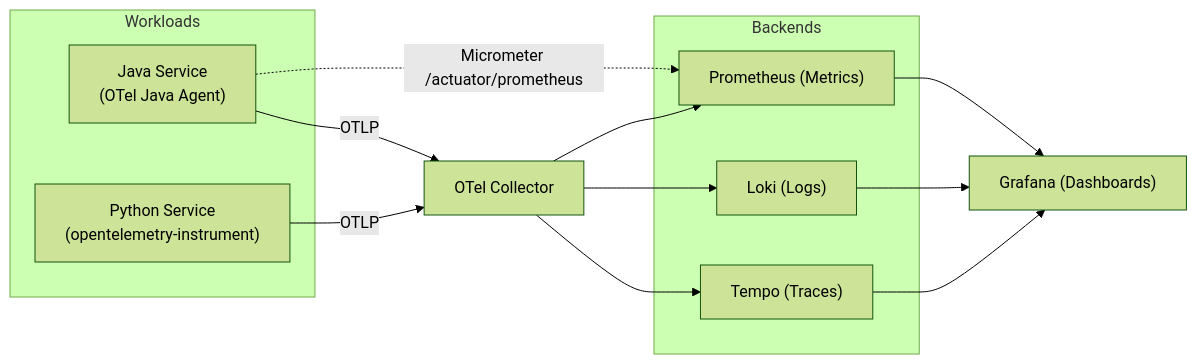
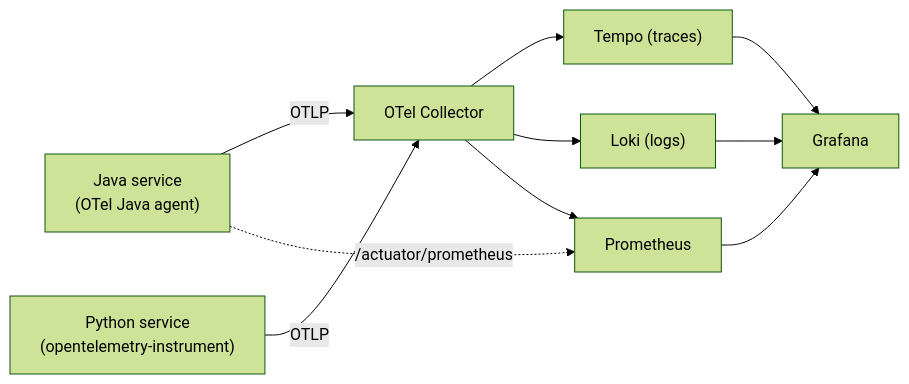
The fifth of 6 diagrams in introduction/architecture.md (Labs64/labs64.io-docs), drawn with Mermaid (forest theme) before and after one commit. The commit also changed other lines of this file and 27 other files, not shown here.

First line of the commit message:
Make the public docs the primary architecture and module reference

````diff
--- a/introduction/architecture.md
+++ b/introduction/architecture.md
@@ -109,29 +135,10 @@
 ```mermaid
 flowchart LR
-    subgraph Workloads
-        J["Java Service<br/>(OTel Java Agent)"]
-        P["Python Service<br/>(opentelemetry-instrument)"]
-    end
-    
-    COL[OTel Collector]
-    
-    subgraph Backends
-        TEMPO["Tempo (Traces)"]
-        LOKI["Loki (Logs)"]
-        PROM["Prometheus (Metrics)"]
-    end
-    
-    GRAF["Grafana (Dashboards)"]
-
-    J -->|"OTLP"| COL
-    P -->|"OTLP"| COL
-    J -. "Micrometer /actuator/prometheus" .-> PROM
-    
-    COL --> TEMPO
-    COL --> LOKI
+    J["Java service<br/>(OTel Java agent)"] -->|OTLP| COL["OTel Collector"]
+    P["Python service<br/>(opentelemetry-instrument)"] -->|OTLP| COL
+    J -. "/actuator/prometheus" .-> PROM["Prometheus"]
+    COL --> TEMPO["Tempo (traces)"]
+    COL --> LOKI["Loki (logs)"]
     COL --> PROM
-    
-    TEMPO --> GRAF
-    LOKI --> GRAF
-    PROM --> GRAF
+    TEMPO & LOKI & PROM --> GRAF["Grafana"]
 ```
````
